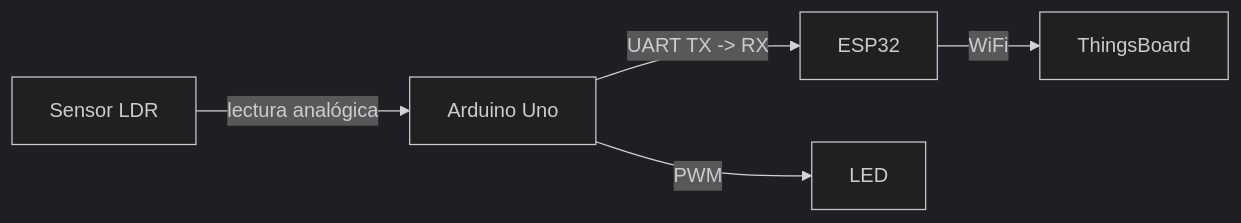
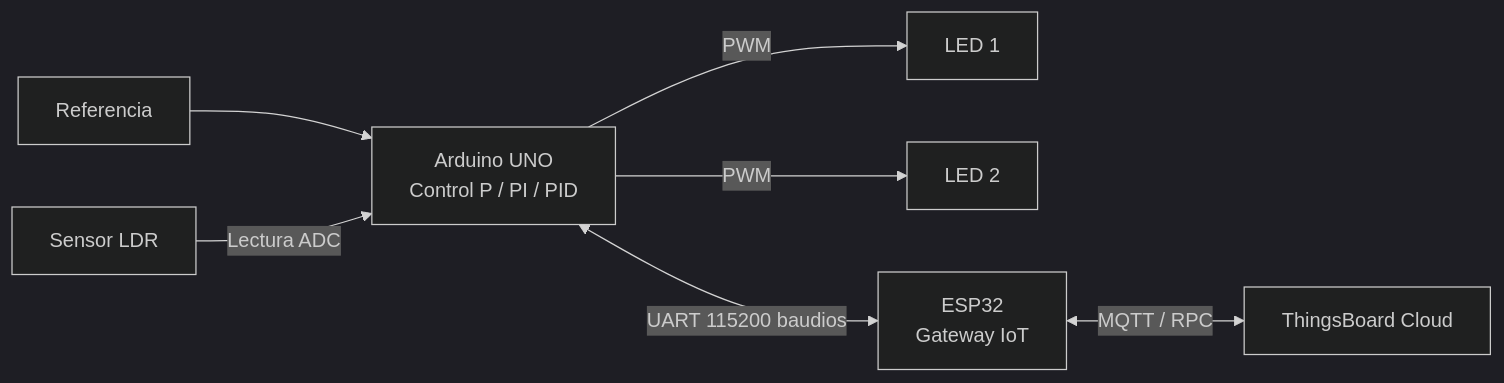
One commit to Frasquito3/TPA-TPIntegrador changed the diagram in README.md. Above: the diagram before and after it, drawn with Mermaid (dark theme). The commit also changed other lines of this file and 5 other files, not shown here.

````diff
--- a/README.md
+++ b/README.md
@@ -9,7 +9,9 @@
 ```mermaid
-graph LR
-    LDR["Sensor LDR"] -->|"lectura analógica"| Arduino["Arduino Uno"]
-    Arduino -->|"UART TX -> RX"| ESP32["ESP32"]
-    Arduino -->|"PWM"| LED["LED"]
-    ESP32 -->|"WiFi"| ThingsBoard["ThingsBoard"]
+    graph LR   
+        SP["Referencia"] --> Arduino["Arduino UNO<br/>Control P / PI / PID"]   
+        LDR["Sensor LDR"] -->|"Lectura ADC"| Arduino 
+        Arduino -->|"PWM"| LED1["LED 1"] 
+        Arduino -->|"PWM"| LED2["LED 2"] 
+        Arduino <-->|"UART 115200 baudios"| ESP32["ESP32<br/>Gateway IoT"] 
+        ESP32 <-->|"MQTT / RPC"| TB["ThingsBoard Cloud"]
 ```
````
